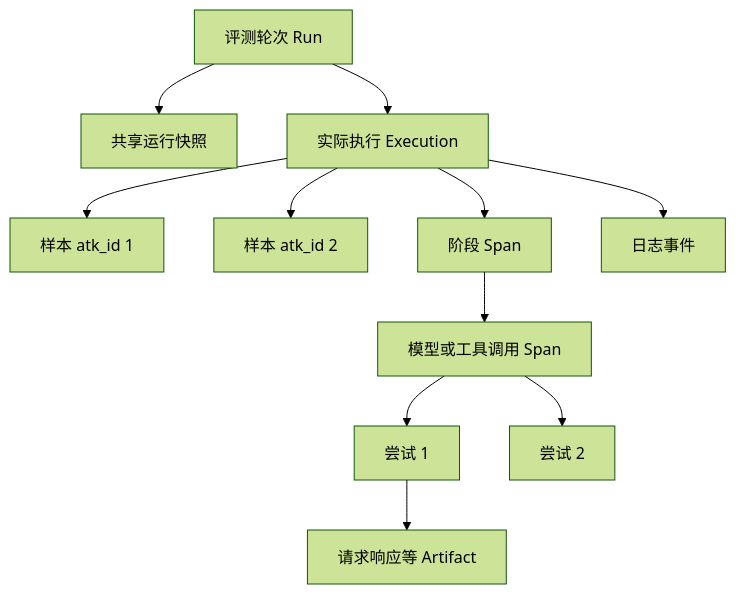
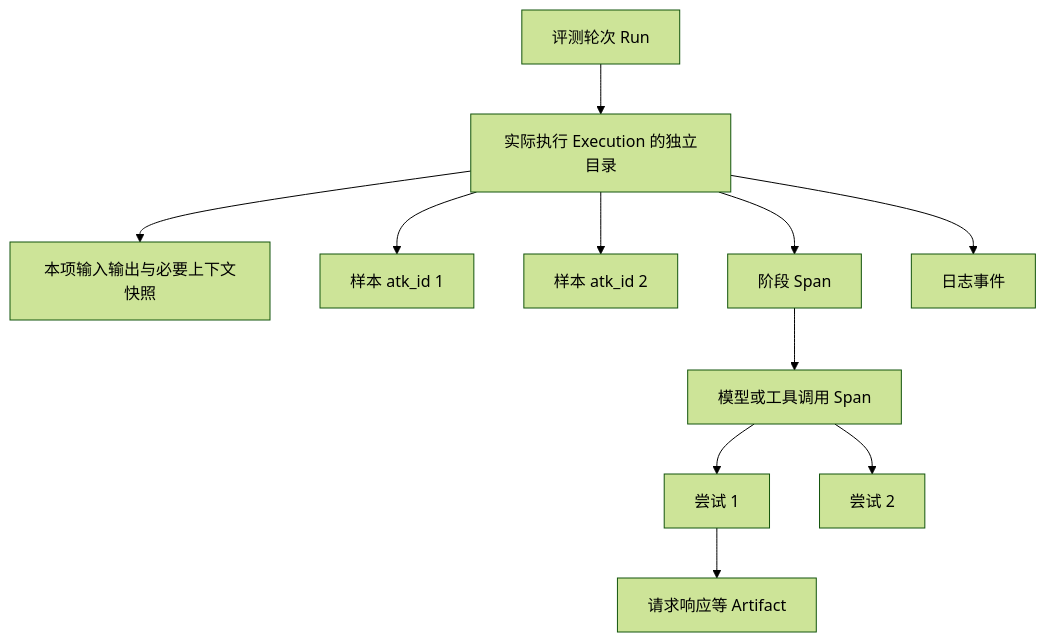
One commit to hustyichi/agent-tune-kit changed the diagram in docs/execution-evidence-and-tracing-plan.md. Above: the diagram before and after it, drawn with Mermaid (forest theme). The commit also changed other lines of this file and 1 other file, not shown here.

````diff
--- a/docs/execution-evidence-and-tracing-plan.md
+++ b/docs/execution-evidence-and-tracing-plan.md
@@ -89,13 +91,13 @@
 ```mermaid
 flowchart TD
-    R[评测轮次 Run] --> S[共享运行快照]
-    R --> E[实际执行 Execution]
+    R[评测轮次 Run] --> E[实际执行 Execution 的独立目录]
+    E --> S[本项输入输出与必要上下文快照]
     E --> A[样本 atk_id 1]
     E --> B[样本 atk_id 2]
     E --> P[阶段 Span]
     P --> M[模型或工具调用 Span]
     M --> T1[尝试 1]
     M --> T2[尝试 2]
     E --> L[日志事件]
     T1 --> F[请求响应等 Artifact]
 ```
````
